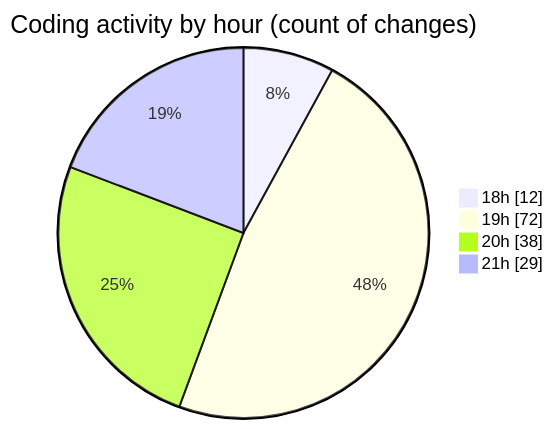
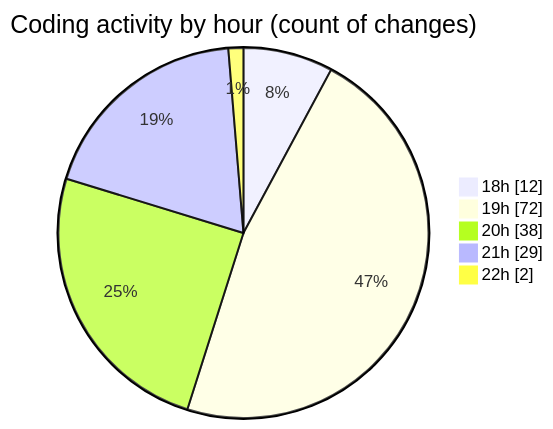
The second of 2 diagrams in 2025-03-14/myws__workspace_/README.md (MatusMokan/code-tracking), drawn with Mermaid before and after one commit. The commit also changed other lines of this file and 1 other file, not shown here.

````diff
--- a/2025-03-14/myws__workspace_/README.md
+++ b/2025-03-14/myws__workspace_/README.md
@@ -30,8 +31,9 @@
 ```mermaid
 pie showData
 title Coding activity by hour (count of changes)
 "18h" : 12
 "19h" : 72
 "20h" : 38
 "21h" : 29
+"22h" : 2
 ```
````
